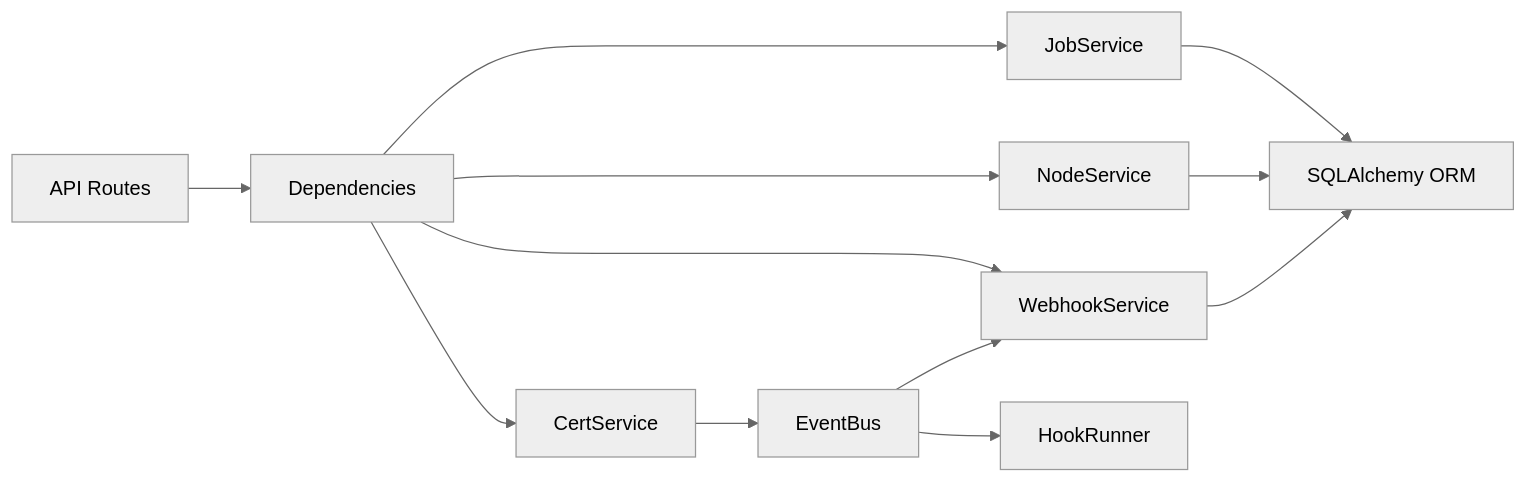
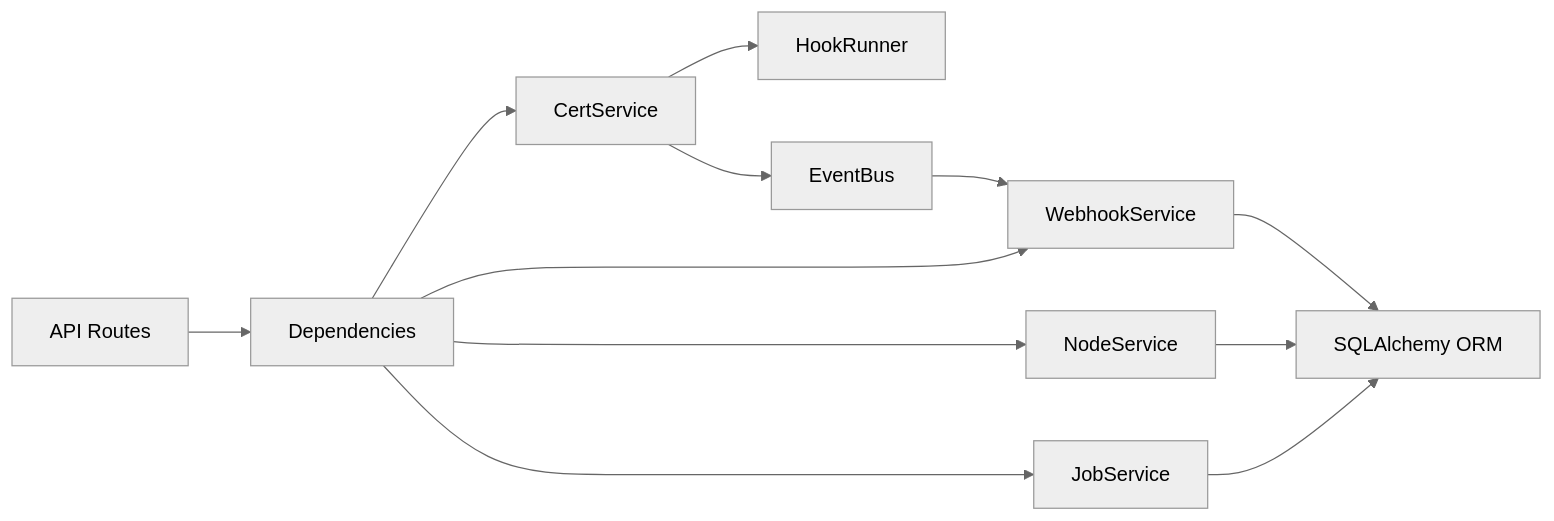
The fourth of 9 diagrams in docs/plans/design-control-plane.md (nickfan/certman), drawn with Mermaid (neutral theme) before and after one commit. The commit also changed other lines of this file and 8 other files, not shown here.

````diff
--- a/docs/plans/design-control-plane.md
+++ b/docs/plans/design-control-plane.md
@@ -72,16 +72,16 @@
 ```mermaid
 flowchart LR
     API[API Routes] --> DEP[Dependencies]
     DEP --> CERT[CertService]
     DEP --> JOB[JobService]
     DEP --> NODE[NodeService]
     DEP --> WEBHOOK[WebhookService]
 
+    CERT --> HOOK[HookRunner]
     CERT --> EVENT[EventBus]
-    EVENT --> HOOK[HookRunner]
     EVENT --> WEBHOOK
 
     JOB --> ORM[SQLAlchemy ORM]
     NODE --> ORM
     WEBHOOK --> ORM
 ```
````
